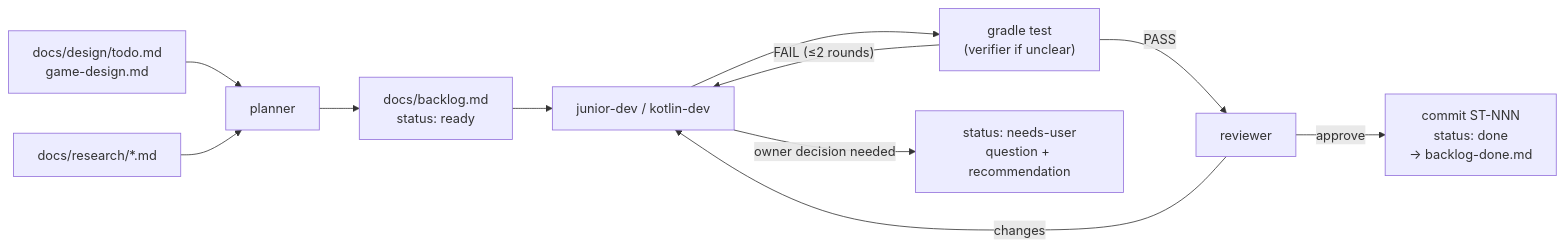
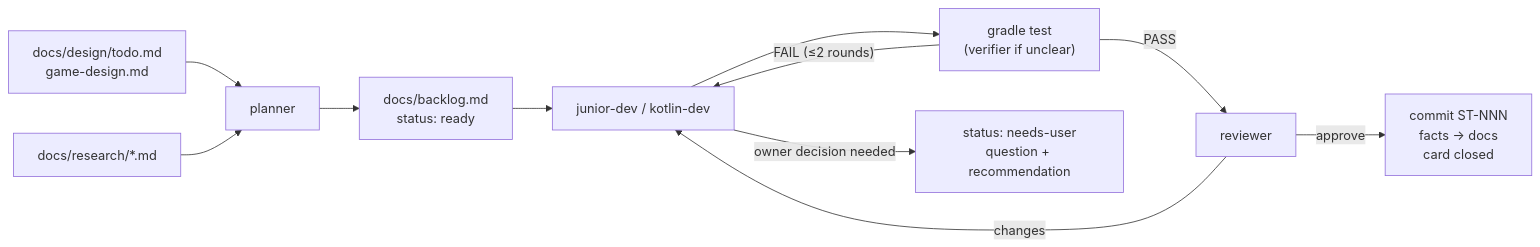
Before and after one commit to pepek42/star-trap: the diagram in docs/tech/dev-workflow.md, drawn with Mermaid. The commit also changed other lines of this file and 8 other files, not shown here.

First line of the commit message:
Backlog: drop the done-card archive, close cards instead

````diff
--- a/docs/tech/dev-workflow.md
+++ b/docs/tech/dev-workflow.md
@@ -25,13 +25,13 @@
 ```mermaid
 flowchart LR
   todo["docs/design/todo.md<br/>game-design.md"] --> planner
   research["docs/research/*.md"] --> planner
   planner --> backlog["docs/backlog.md<br/>status: ready"]
   backlog --> impl["junior-dev / kotlin-dev"]
   impl --> build["gradle test<br/>(verifier if unclear)"]
   build -- FAIL (≤2 rounds) --> impl
   build -- PASS --> reviewer
   reviewer -- changes --> impl
-  reviewer -- approve --> commit["commit ST-NNN<br/>status: done<br/>→ backlog-done.md"]
+  reviewer -- approve --> commit["commit ST-NNN<br/>facts → docs<br/>card closed"]
   impl -- owner decision needed --> needsuser["status: needs-user<br/>question + recommendation"]
 ```
````
